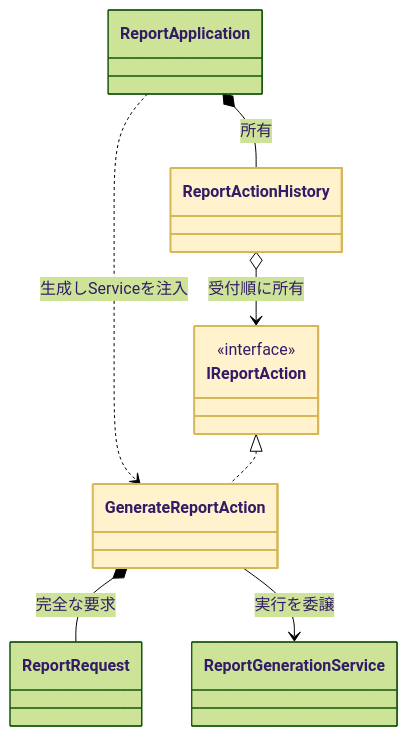
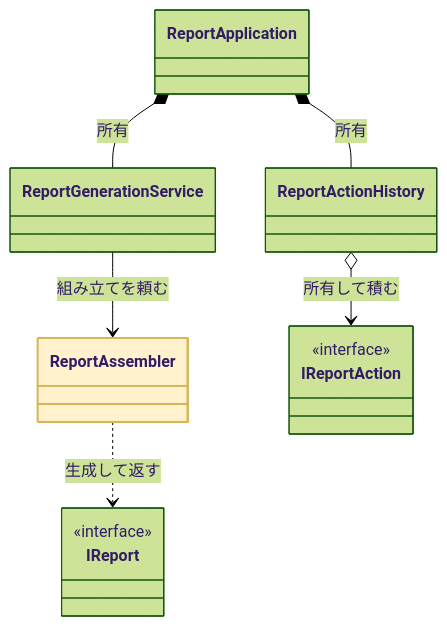
Before and after one commit to kumachan1101-pixel/DesignPattern: the tenth of 18 diagrams in kindle/design-patterns/output/chapter11.md, drawn with Mermaid (forest theme). The commit also changed other lines of this file and 5 other files, not shown here.

````diff
--- a/kindle/design-patterns/output/chapter11.md
+++ b/kindle/design-patterns/output/chapter11.md
@@ -1916,19 +2058,16 @@
 ```mermaid
 classDiagram
     class ReportApplication
     class ReportActionHistory
+    class ReportGenerationService
+    class ReportAssembler
+    class IReport { <<interface>> }
     class IReportAction { <<interface>> }
-    class GenerateReportAction
-    class ReportRequest
-    class ReportGenerationService
-    ReportApplication ..> GenerateReportAction : 生成しServiceを注入
     ReportApplication *-- ReportActionHistory : 所有
-    ReportActionHistory o--> IReportAction : 受付順に所有
-    IReportAction <|.. GenerateReportAction
-    GenerateReportAction *-- ReportRequest : 完全な要求
-    GenerateReportAction --> ReportGenerationService : 実行を委譲
-    class ReportActionHistory:::focus
-    class IReportAction:::focus
-    class GenerateReportAction:::focus
+    ReportApplication *-- ReportGenerationService : 所有
+    ReportGenerationService --> ReportAssembler : 組み立てを頼む
+    ReportAssembler ..> IReport : 生成して返す
+    ReportActionHistory o--> IReportAction : 所有して積む
+    class ReportAssembler:::focus
     classDef focus fill:#FFF2CC,stroke:#D6B656,stroke-width:2px
 ```
````
